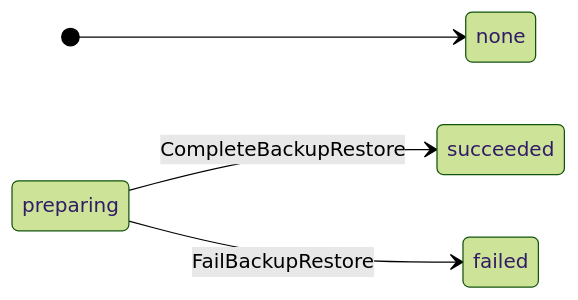
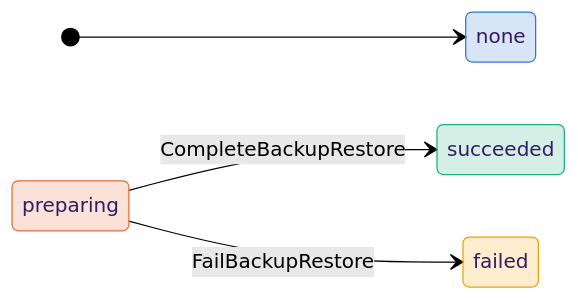
The first of 2 diagrams in zig/specs/tla/diagrams/metadata/AntflyManagedHostLifecycle.md (antflydb/antfly), drawn with Mermaid (forest theme) before and after one commit. The commit also changed 27 other files, not shown here.

````diff
--- a/zig/specs/tla/diagrams/metadata/AntflyManagedHostLifecycle.md
+++ b/zig/specs/tla/diagrams/metadata/AntflyManagedHostLifecycle.md
@@ -13,7 +13,15 @@
 ```mermaid
 stateDiagram-v2
     direction LR
     [*] --> none
     preparing --> succeeded : CompleteBackupRestore
     preparing --> failed : FailBackupRestore
+    classDef c_none fill:#2a78d630,stroke:#2a78d6
+    class none c_none
+    classDef c_preparing fill:#eb683430,stroke:#eb6834
+    class preparing c_preparing
+    classDef c_succeeded fill:#1baf7a30,stroke:#1baf7a
+    class succeeded c_succeeded
+    classDef c_failed fill:#eda10030,stroke:#eda100
+    class failed c_failed
 ```
````
